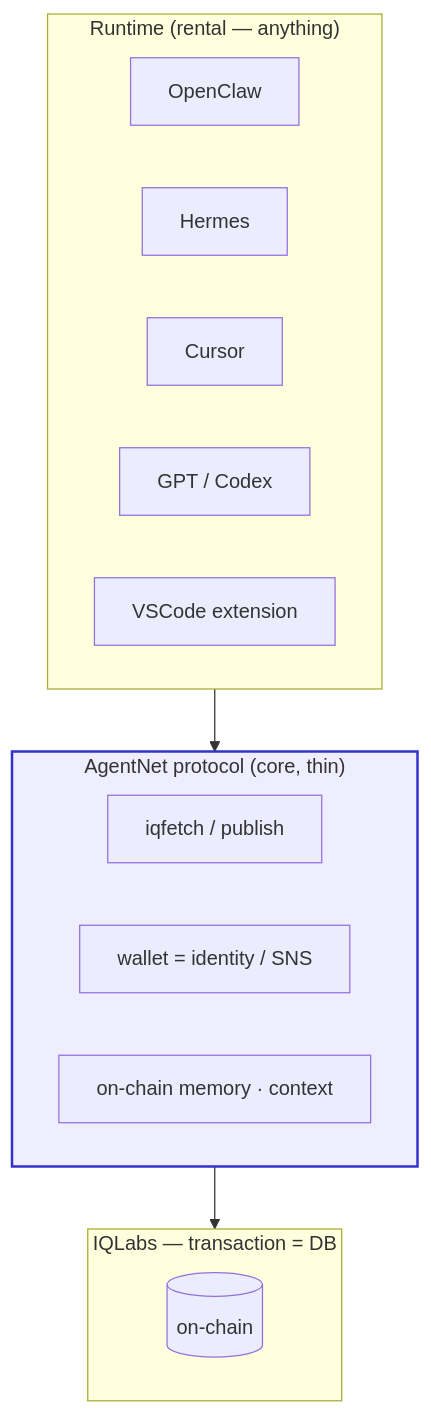
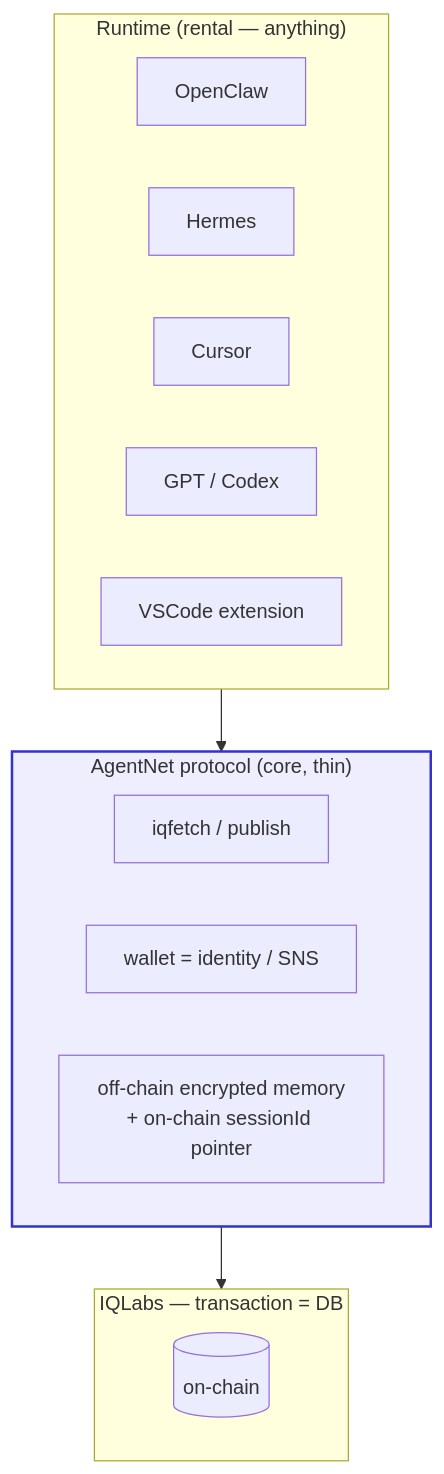
The seventh of 9 diagrams in about.md (IQCoreTeam/AgentNet), drawn with Mermaid before and after one commit. The commit also changed other lines of this file and 3 other files, not shown here.

````diff
--- a/about.md
+++ b/about.md
@@ -247,20 +247,20 @@
 ```mermaid
 flowchart TB
     subgraph L1["Runtime (rental — anything)"]
         OpenClaw
         Hermes
         Cursor
         GPT[GPT / Codex]
         VSCode[VSCode extension]
     end
     subgraph L2["AgentNet protocol (core, thin)"]
         F[iqfetch / publish]
         ID[wallet = identity / SNS]
-        MEM[on-chain memory · context]
+        MEM[off-chain encrypted memory<br/>+ on-chain sessionId pointer]
     end
     subgraph L3["IQLabs — transaction = DB"]
         Chain[(on-chain)]
     end
     L1 --> L2 --> L3
     style L2 fill:#eef,stroke:#33c,stroke-width:2px
 ```
````
